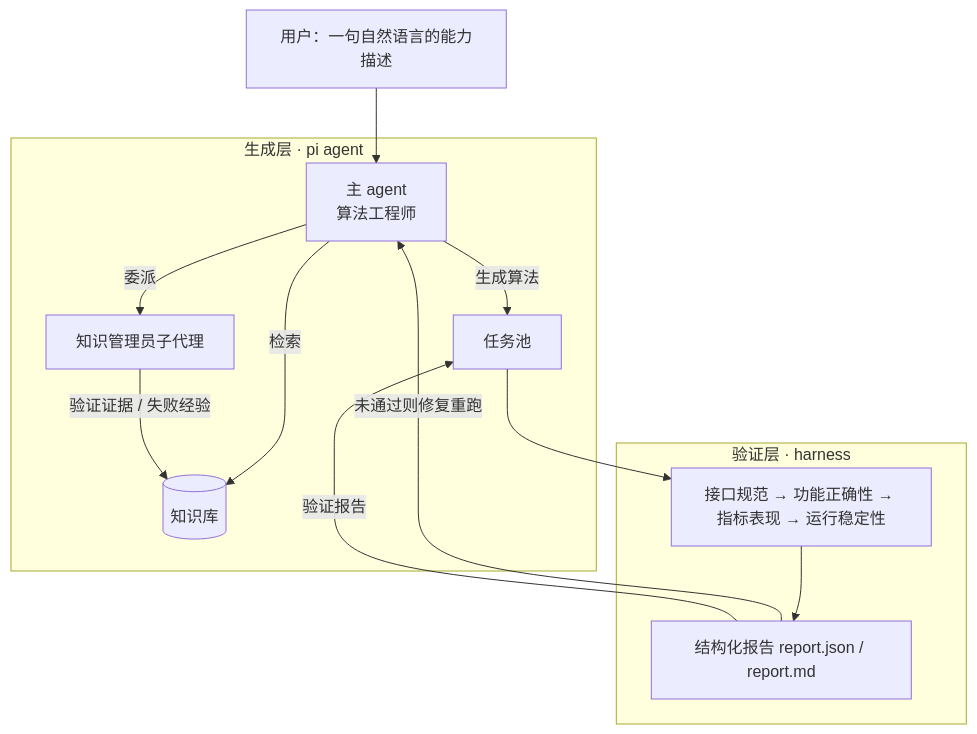
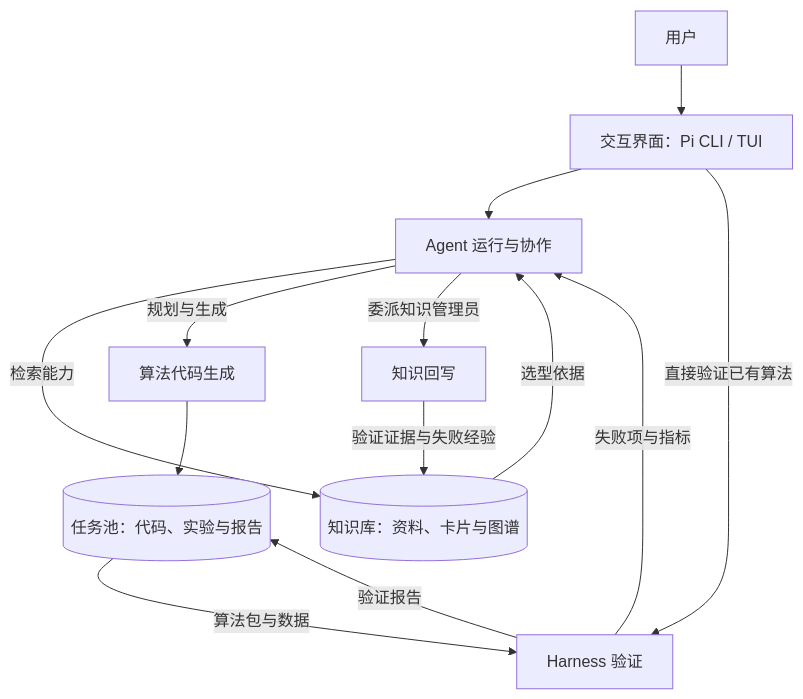
One commit to 1bai1/ai-algorithm-capability-factory changed the first of 2 diagrams in README.md. Above: the diagram before and after it, drawn with Mermaid. The commit also changed other lines of this file, not shown here.

First line of the commit message:
README §2 改功能模块视图，补齐选型理由、闭环图与 schema 全文链接

````diff
--- a/README.md
+++ b/README.md
@@ -39,19 +47,15 @@
 ```mermaid
 flowchart TB
-    U[用户：一句自然语言的能力描述] --> A
-
-    subgraph Gen[生成层 · pi agent]
-        A[主 agent<br/>算法工程师] -->|检索| K[(知识库)]
-        A -->|生成算法| T[任务池]
-        A -->|委派| C[知识管理员子代理]
-    end
-
-    subgraph Val[验证层 · harness]
-        T --> V[接口规范 → 功能正确性 → 指标表现 → 运行稳定性]
-        V --> R[结构化报告 report.json / report.md]
-    end
-
-    R -->|未通过则修复重跑| A
-    C -->|验证证据 / 失败经验| K
-    R -->|验证报告| T
+    U[用户] --> I[交互界面：Pi CLI / TUI]
+    I --> A[Agent 运行与协作]
+    A -->|检索能力| K[(知识库：资料、卡片与图谱)]
+    K -->|选型依据| A
+    A -->|规划与生成| G[算法代码生成]
+    G --> T[(任务池：代码、实验与报告)]
+    T -->|算法包与数据| H[Harness 验证]
+    H -->|验证报告| T
+    H -->|失败项与指标| A
+    A -->|委派知识管理员| C[知识回写]
+    C -->|验证证据与失败经验| K
+    I -->|直接验证已有算法| H
 ```
````
